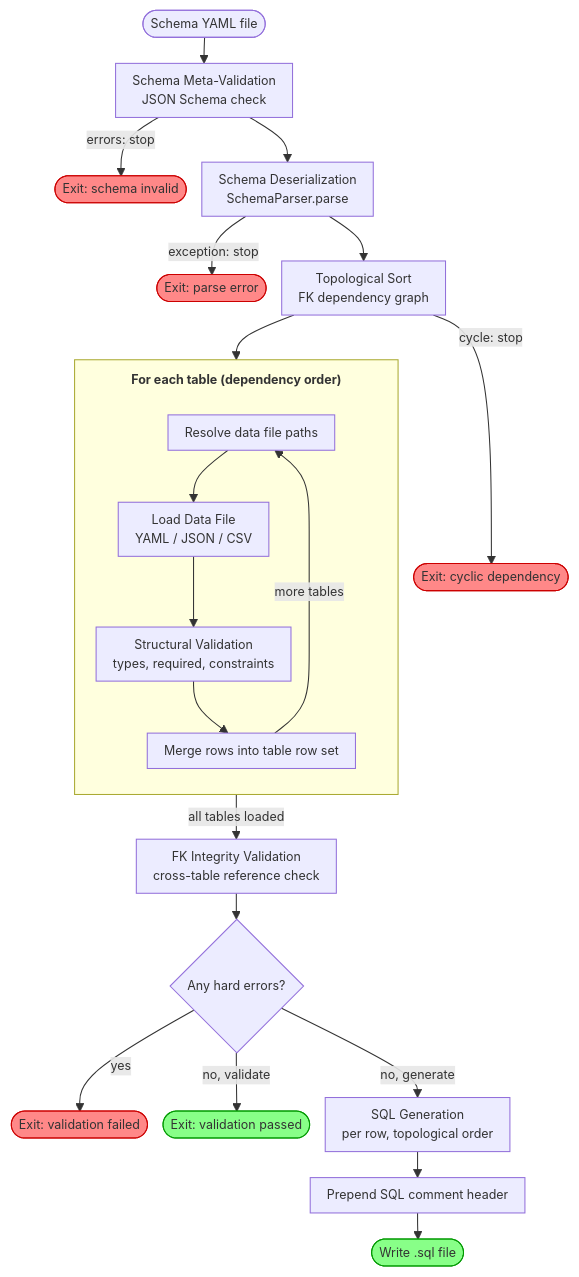
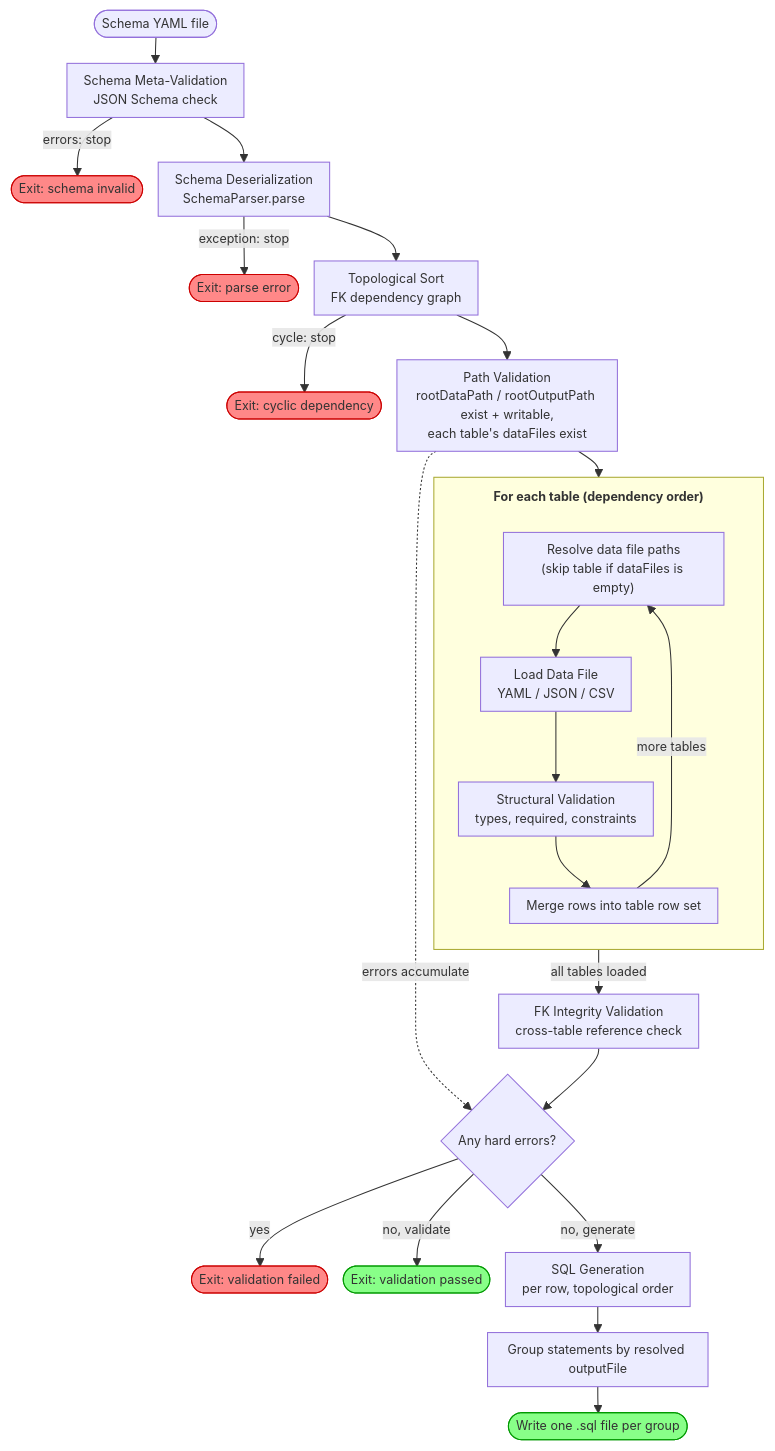
Before and after one commit to dutchmo/Knoppen: the diagram in doc/Tutorial.md, drawn with Mermaid. The commit also changed other lines of this file and 42 other files, not shown here.

Commit message:
Added rootDataPath, rootOutputPath, logging and updated CLI presentation.

````diff
--- a/doc/Tutorial.md
+++ b/doc/Tutorial.md
@@ -79,47 +81,49 @@
 ```mermaid  
 
 %%{init: {
   'flowchart': {
     'padding': 8,
     'nodeSpacing': 15,
     'rankSpacing': 25,
     'wrappingWidth': 180,
     'subGraphTitleMargin': { 'top': 10, 'bottom': 18 }
   },
   'themeVariables': { 'fontSize': '12px' }
 }}%%
 flowchart TD
    A([Schema YAML file])
    A --> B["Schema Meta-Validation<br>JSON Schema check"]
    B -- errors: stop --> Z1([Exit: schema invalid])
    B --> C["Schema Deserialization<br>SchemaParser.parse"]
    C -- exception: stop --> Z2([Exit: parse error])
    C --> D["Topological Sort<br>FK dependency graph"]
    D -- cycle: stop --> Z3([Exit: cyclic dependency])
 
-   D --> LOOP
+   D --> D2["Path Validation<br>rootDataPath / rootOutputPath exist + writable,<br>each table's dataFiles exist"]
+   D2 --> LOOP
    subgraph LOOP["<span style='font-size:12px; font-weight: bold'>For each table (dependency order)"]
       direction TB
-      F["Resolve data file paths"] --> G["Load Data File<br>YAML / JSON / CSV"]
+      F["Resolve data file paths<br>(skip table if dataFiles is empty)"] --> G["Load Data File<br>YAML / JSON / CSV"]
       G --> H["Structural Validation<br>types, required, constraints"]
       H --> I["Merge rows into table row set"]
    end
 
    I -- more tables --> F
    I -- all tables loaded --> J["FK Integrity Validation<br>cross-table reference check"]
 
+   D2 -.errors accumulate.-> K
    J --> K{"Any hard errors?"}
    K -- yes --> L([Exit: validation failed])
    K -- no, validate --> M([Exit: validation passed])
    K -- no, generate --> N["SQL Generation<br>per row, topological order"]
-   N --> O["Prepend SQL comment header"]
-   O --> P([Write .sql file])
+   N --> O["Group statements by resolved outputFile"]
+   O --> P([Write one .sql file per group])
 
    style Z1 fill:#f88,stroke:#c00
    style Z2 fill:#f88,stroke:#c00
    style Z3 fill:#f88,stroke:#c00
    style L fill:#f88,stroke:#c00
    style M fill:#8f8,stroke:#090
    style P fill:#8f8,stroke:#090
     
 ```  
````
